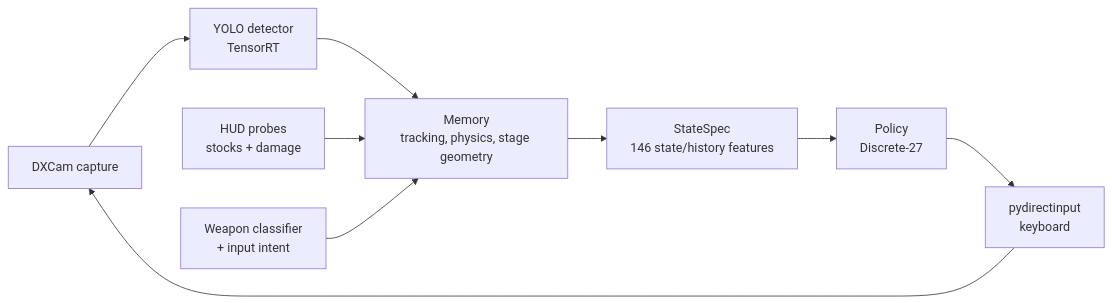
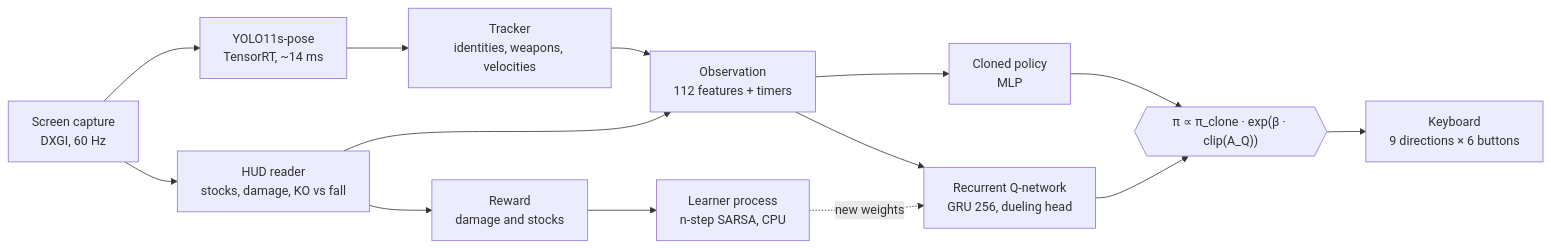
Before and after one commit to MA-Zbida/brawl_scratch: the diagram in README.md, drawn with Mermaid. The commit also changed other lines of this file and 2 other files, not shown here.

````diff
--- a/README.md
+++ b/README.md
@@ -60,11 +25,16 @@
 ```mermaid
 flowchart LR
-    A[DXCam capture] --> B[YOLO detector<br/>TensorRT]
-    B --> C[Memory<br/>tracking, physics, stage geometry]
-    U[HUD probes<br/>stocks + damage] --> C
-    W[Weapon classifier<br/>+ input intent] --> C
-    C --> D[StateSpec<br/>146 state/history features]
-    D --> P[Policy<br/>Discrete-27]
-    P --> H[pydirectinput<br/>keyboard]
-    H --> A
+    S[Screen capture<br/>DXGI, 60 Hz] --> D[YOLO11s-pose<br/>TensorRT, ~14 ms]
+    D --> T[Tracker<br/>identities, weapons, velocities]
+    S --> H[HUD reader<br/>stocks, damage, KO vs fall]
+    T --> O[Observation<br/>112 features + timers]
+    H --> O
+    H --> R[Reward<br/>damage and stocks]
+    O --> P[Cloned policy<br/>MLP]
+    O --> Q[Recurrent Q-network<br/>GRU 256, dueling head]
+    P --> A{{"π ∝ π_clone · exp(β · clip(A_Q))"}}
+    Q --> A
+    A --> K[Keyboard<br/>9 directions × 6 buttons]
+    R --> L[Learner process<br/>n-step SARSA, CPU]
+    L -. new weights .-> Q
 ```
````
